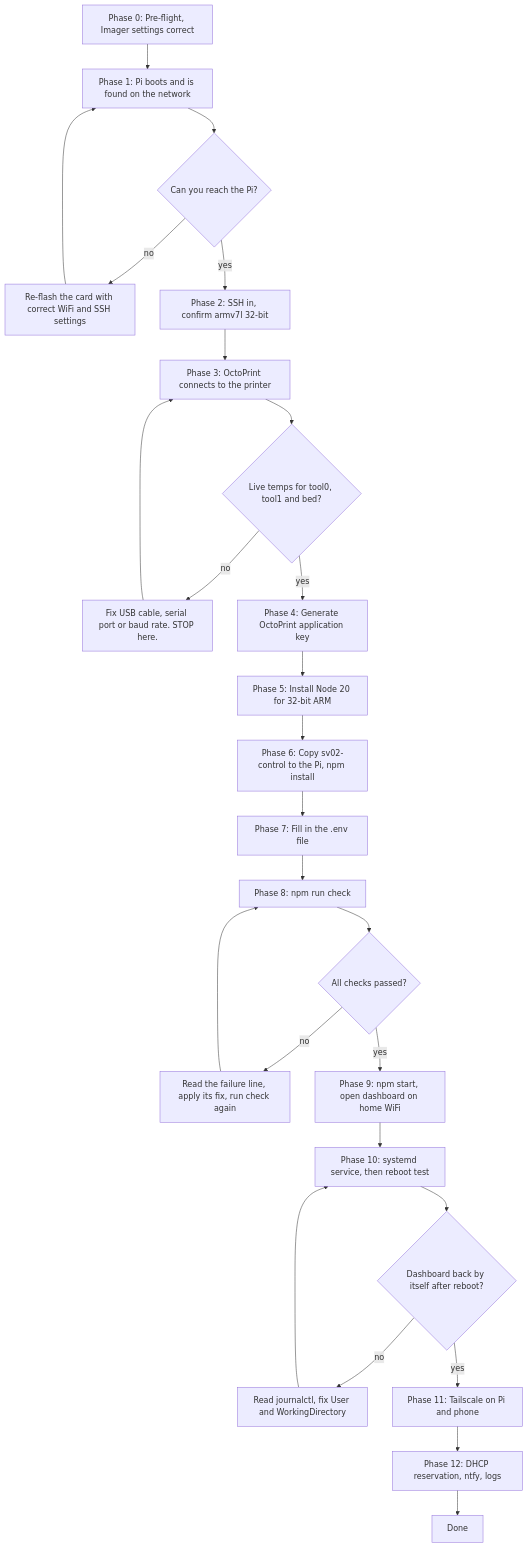
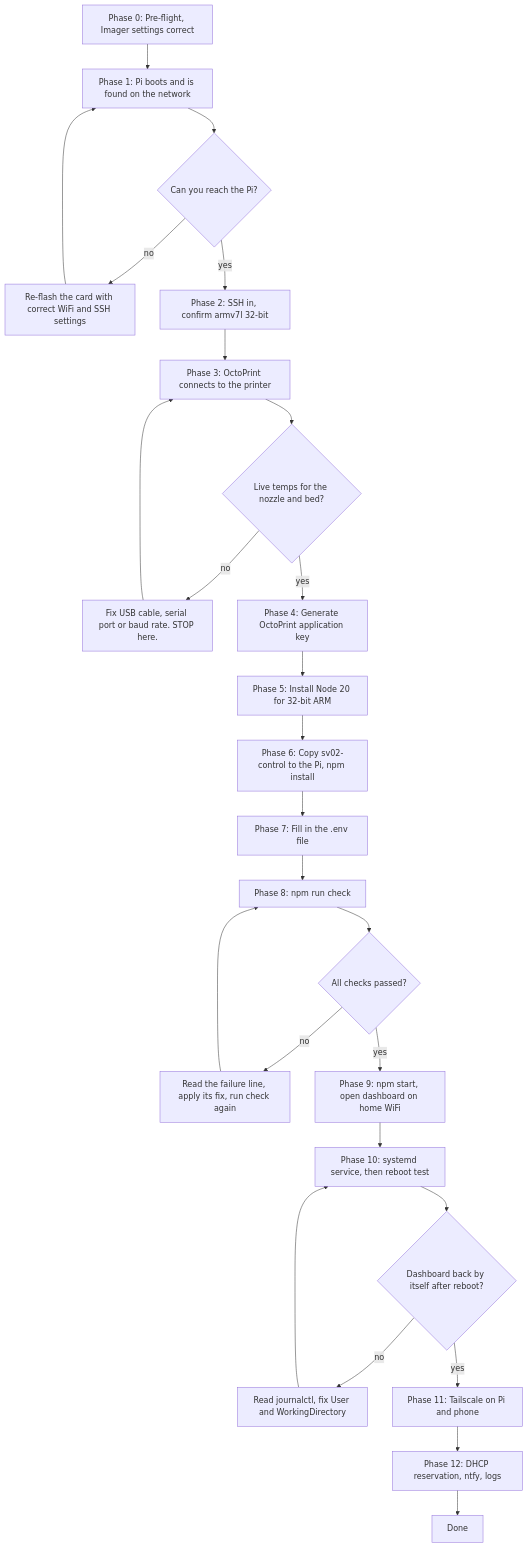
The first of 3 diagrams in Documents/03-pi-and-octoprint-runbook.md (Bharadhwajreddy/SovolSmart), drawn with Mermaid before and after one commit. The commit also changed other lines of this file and 29 other files, not shown here.

````diff
--- a/Documents/03-pi-and-octoprint-runbook.md
+++ b/Documents/03-pi-and-octoprint-runbook.md
@@ -65,35 +65,35 @@
 ```mermaid
 flowchart TD
     P0["Phase 0: Pre-flight, Imager settings correct"]
     P1["Phase 1: Pi boots and is found on the network"]
     G1{"Can you reach the Pi?"}
     RF["Re-flash the card with correct WiFi and SSH settings"]
     P2["Phase 2: SSH in, confirm armv7l 32-bit"]
     P3["Phase 3: OctoPrint connects to the printer"]
-    G2{"Live temps for tool0, tool1 and bed?"}
+    G2{"Live temps for the nozzle and bed?"}
     FIXUSB["Fix USB cable, serial port or baud rate. STOP here."]
     P4["Phase 4: Generate OctoPrint application key"]
     P5["Phase 5: Install Node 20 for 32-bit ARM"]
     P6["Phase 6: Copy sv02-control to the Pi, npm install"]
     P7["Phase 7: Fill in the .env file"]
     P8["Phase 8: npm run check"]
     G3{"All checks passed?"}
     FIXENV["Read the failure line, apply its fix, run check again"]
     P9["Phase 9: npm start, open dashboard on home WiFi"]
     P10["Phase 10: systemd service, then reboot test"]
     G4{"Dashboard back by itself after reboot?"}
     FIXSVC["Read journalctl, fix User and WorkingDirectory"]
     P11["Phase 11: Tailscale on Pi and phone"]
     P12["Phase 12: DHCP reservation, ntfy, logs"]
     DONE["Done"]
 
     P0 --> P1 --> G1
     G1 -- no --> RF --> P1
     G1 -- yes --> P2 --> P3 --> G2
     G2 -- no --> FIXUSB --> P3
     G2 -- yes --> P4 --> P5 --> P6 --> P7 --> P8 --> G3
     G3 -- no --> FIXENV --> P8
     G3 -- yes --> P9 --> P10 --> G4
     G4 -- no --> FIXSVC --> P10
     G4 -- yes --> P11 --> P12 --> DONE
 ```
````
